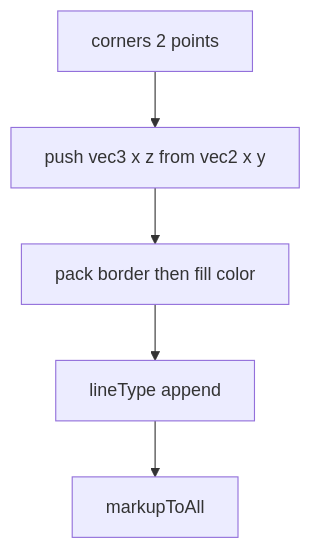
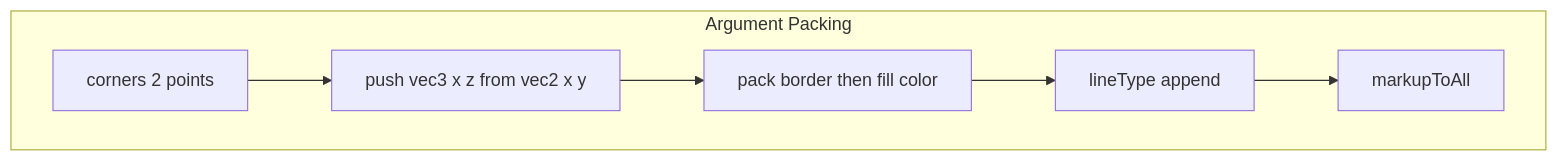
Before and after one commit to Gh0st352/AETHR: the third of 4 diagrams in docs/markers/arrows.md, drawn with Mermaid. The commit also changed other lines of this file and 4 other files, not shown here.

First line of the commit message:
docs(markers): reorganize Mermaid diagrams into subgraphs

````diff
--- a/docs/markers/arrows.md
+++ b/docs/markers/arrows.md
@@ -46,7 +58,13 @@
 ```mermaid
+%% shared theme: docs/_mermaid/theme.json %%
 flowchart TD
-  PTS[corners 2 points] --> VEC3[push vec3 x z from vec2 x y]
-  VEC3 --> COLORS[pack border then fill color]
-  COLORS --> TYPE[lineType append]
-  TYPE --> CALL[markupToAll]
+  subgraph "Argument Packing"
+    PTS[corners 2 points] --> VEC3[push vec3 x z from vec2 x y]
+    VEC3 --> COLORS[pack border then fill color]
+    COLORS --> TYPE[lineType append]
+    TYPE --> CALL[markupToAll]
+  end
+  class PTS,VEC3 class_data;
+  class COLORS class_compute;
+  class CALL class_io;
 ```
````
